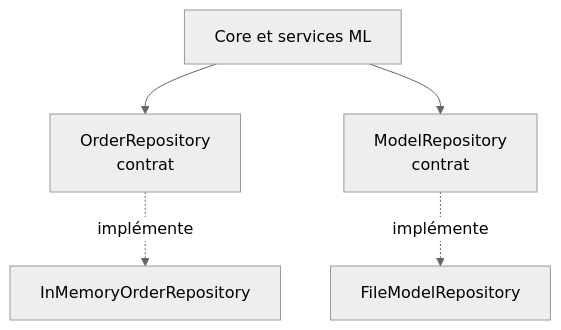
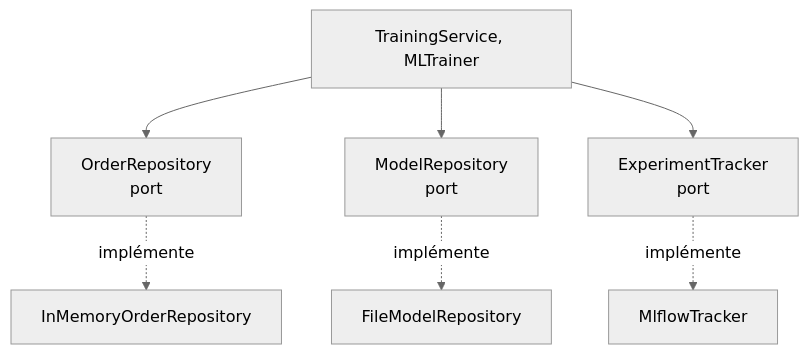
The sixth of 7 diagrams in ARCHITECTURE-livraison-express-lite.md (Golem953/eligibilite-livraison-express), drawn with Mermaid (neutral theme) before and after one commit. The commit also changed other lines of this file and 2 other files, not shown here.

Commit message:
docs: met à jour README, ADR et architecture après le refactoring

````diff
--- a/ARCHITECTURE-livraison-express-lite.md
+++ b/ARCHITECTURE-livraison-express-lite.md
@@ -312,12 +315,16 @@
 ```mermaid
 flowchart TB
-    APP[Core et services ML]
-    OR[OrderRepository<br/>contrat]
-    MR[ModelRepository<br/>contrat]
+    APP[TrainingService, MLTrainer]
+    OR[OrderRepository<br/>port]
+    MR[ModelRepository<br/>port]
+    ET[ExperimentTracker<br/>port]
     IM[InMemoryOrderRepository]
     FM[FileModelRepository]
+    MT[MlflowTracker]
     APP --> OR
     APP --> MR
+    APP --> ET
     OR -. implémente .-> IM
     MR -. implémente .-> FM
+    ET -. implémente .-> MT
 ```
````
